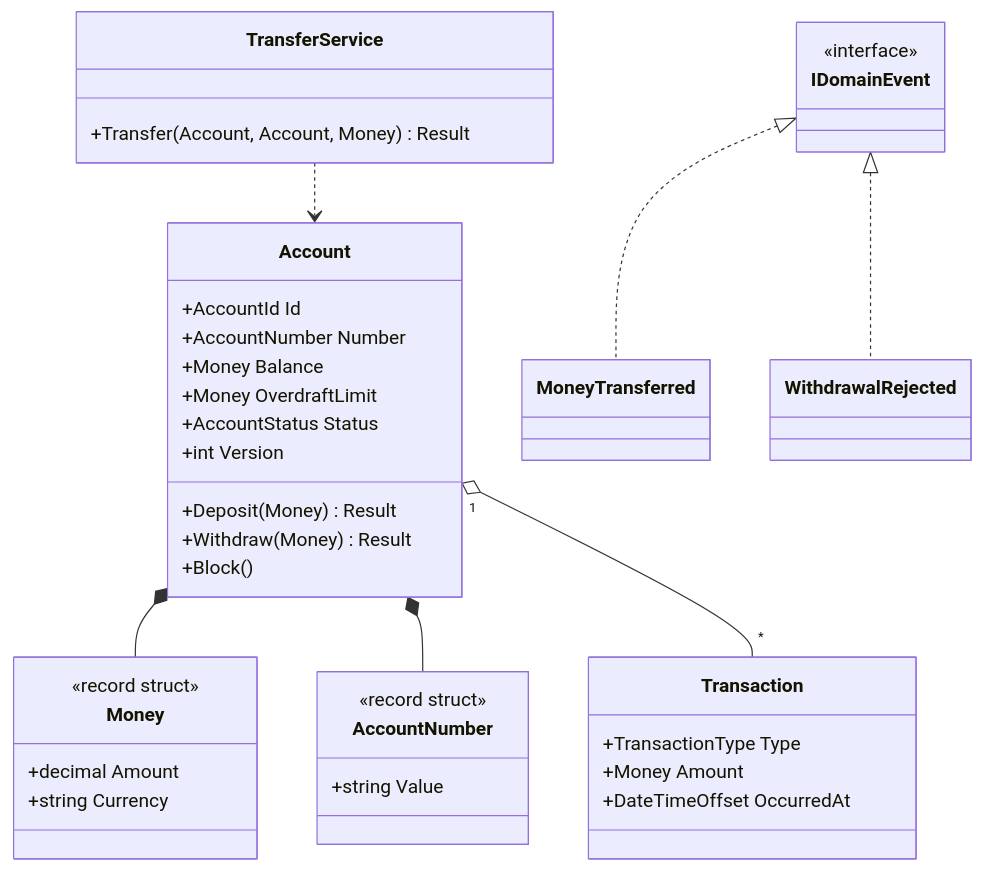
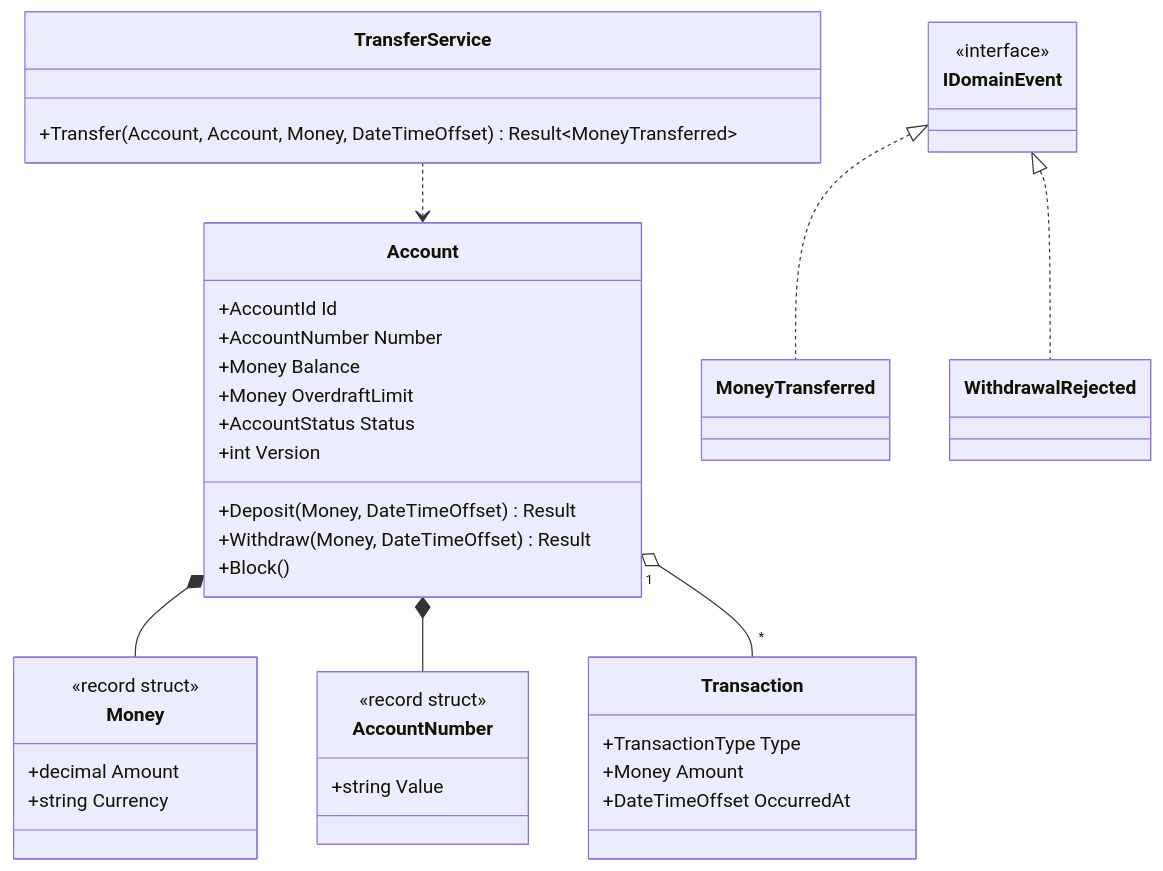
One commit to GustavoThe01/plutus-ledger changed the second of 4 diagrams in README.md. Above: the diagram before and after it, drawn with Mermaid. The commit also changed other lines of this file and 11 other files, not shown here.

````diff
--- a/README.md
+++ b/README.md
@@ -147,43 +147,43 @@
 ```mermaid
 classDiagram
     class Account {
         +AccountId Id
         +AccountNumber Number
         +Money Balance
         +Money OverdraftLimit
         +AccountStatus Status
         +int Version
-        +Deposit(Money) Result
-        +Withdraw(Money) Result
+        +Deposit(Money, DateTimeOffset) Result
+        +Withdraw(Money, DateTimeOffset) Result
         +Block()
     }
     class Money {
         <<record struct>>
         +decimal Amount
         +string Currency
     }
     class AccountNumber {
         <<record struct>>
         +string Value
     }
     class Transaction {
         +TransactionType Type
         +Money Amount
         +DateTimeOffset OccurredAt
     }
     class TransferService {
-        +Transfer(Account, Account, Money) Result
+        +Transfer(Account, Account, Money, DateTimeOffset) Result~MoneyTransferred~
     }
     class IDomainEvent {
         <<interface>>
     }
     class MoneyTransferred
     class WithdrawalRejected
 
     Account *-- Money
     Account *-- AccountNumber
     Account "1" o-- "*" Transaction
     TransferService ..> Account
     IDomainEvent <|.. MoneyTransferred
     IDomainEvent <|.. WithdrawalRejected
 ```
````
